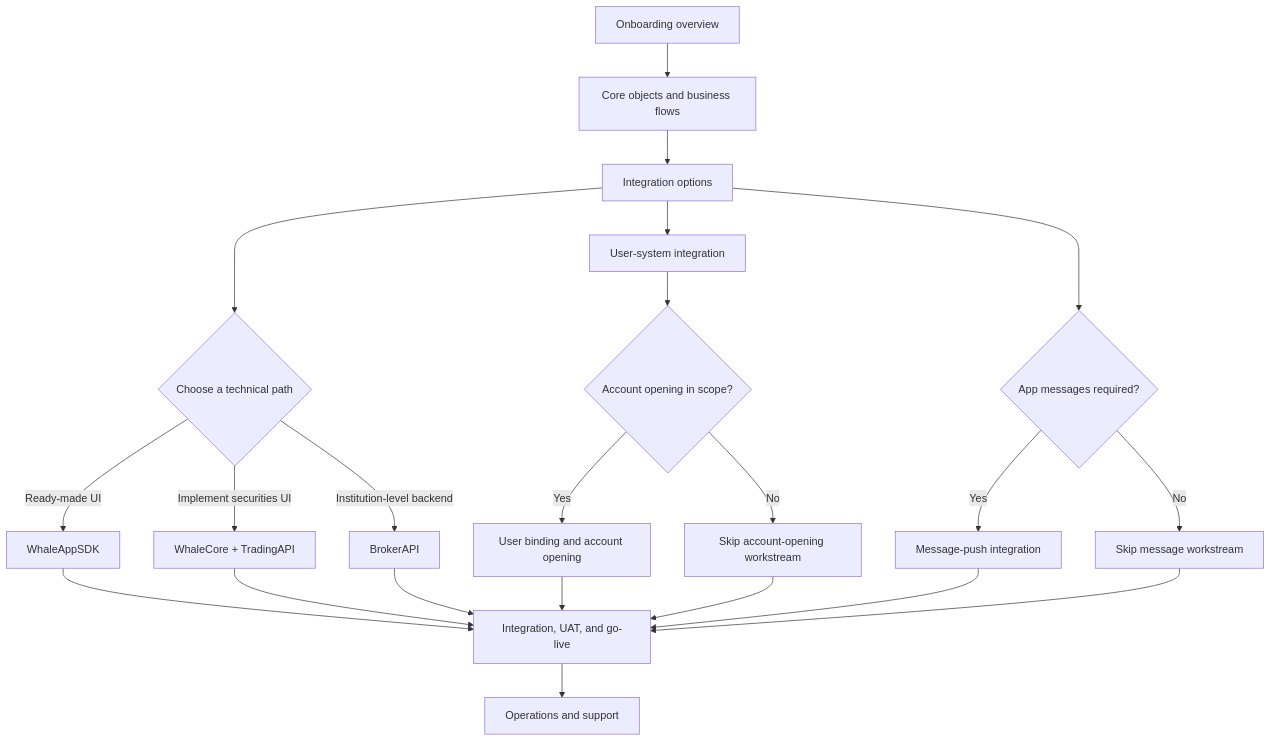
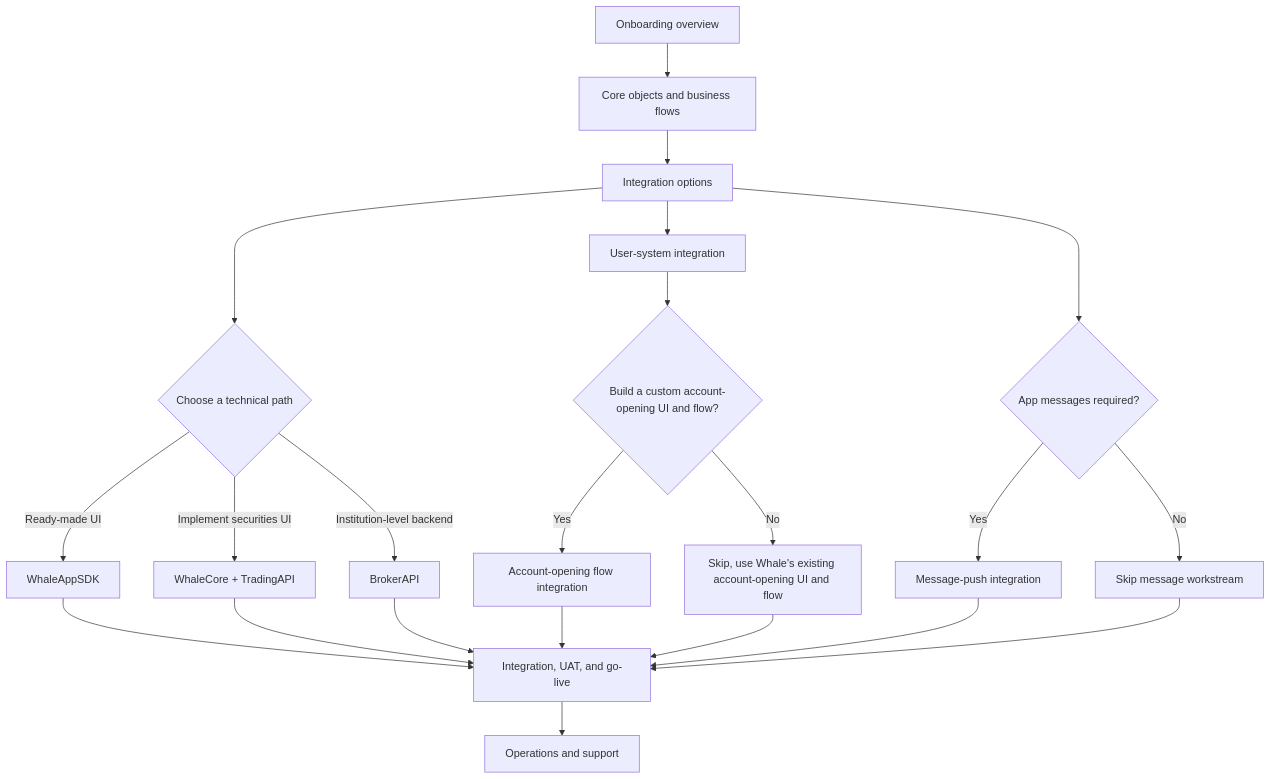
Before and after one commit to longbridge/whale-docs: the first of 2 diagrams in docs/en/docs/broker-onboarding.mdx, drawn with Mermaid. The commit also changed other lines of this file and 2 other files, not shown here.

Commit message:
docs: fix broker-onboarding guide-route account-opening branch (#78)
## Summary
- Fix the account-opening branch in `broker-onboarding`'s guide-route
flowchart and its accompanying table row, for `en`, `zh-CN`, and
`zh-HK`.
- The decision node is now "Build a custom account-opening UI and flow?"
(自研开户界面与流程): **Yes** → integrate the account-opening flow →
integration/UAT/go-live; **No** → skip, use Whale's existing
account-opening UI and flow.
- Previously the node asked whether the project includes account opening
at all, which didn't match the actual choice Brokers make (build your
own vs. reuse Whale's).

## Files changed
- `docs/en/docs/broker-onboarding.mdx`
- `docs/zh-CN/docs/broker-onboarding.mdx`
- `docs/zh-HK/docs/broker-onboarding.mdx`

No source submodule involved — this is a direct content correction to
the onboarding guide.

## Test plan
- [x] `bun run check:anchors` passes (no anchor changes, headings
untouched)
- [x] Manually reviewed the mermaid diagram and table row logic in all
three locales for parity

🤖 Generated with [Claude Code](https://claude.com/claude-code)

````diff
--- a/docs/en/docs/broker-onboarding.mdx
+++ b/docs/en/docs/broker-onboarding.mdx
@@ -14,24 +14,24 @@
 ```mermaid
 flowchart TD
     A[Onboarding overview] --> B[Core objects and business flows]
     B --> C[Integration options]
     C --> D{Choose a technical path}
     D -->|Ready-made UI| E[WhaleAppSDK]
     D -->|Implement securities UI| F[WhaleCore + TradingAPI]
     D -->|Institution-level backend| G[BrokerAPI]
     C --> H[User-system integration]
-    H --> I{Account opening in scope?}
-    I -->|Yes| J[User binding and account opening]
-    I -->|No| K[Skip account-opening workstream]
+    H --> I{Build a custom account-opening UI and flow?}
+    I -->|Yes| J[Account-opening flow integration]
+    I -->|No| K[Skip, use Whale's existing account-opening UI and flow]
     C --> L{App messages required?}
     L -->|Yes| M[Message-push integration]
     L -->|No| N[Skip message workstream]
     E --> O[Integration, UAT, and go-live]
     F --> O
     G --> O
     J --> O
     K --> O
     M --> O
     N --> O
     O --> P[Operations and support]
 ```
````
